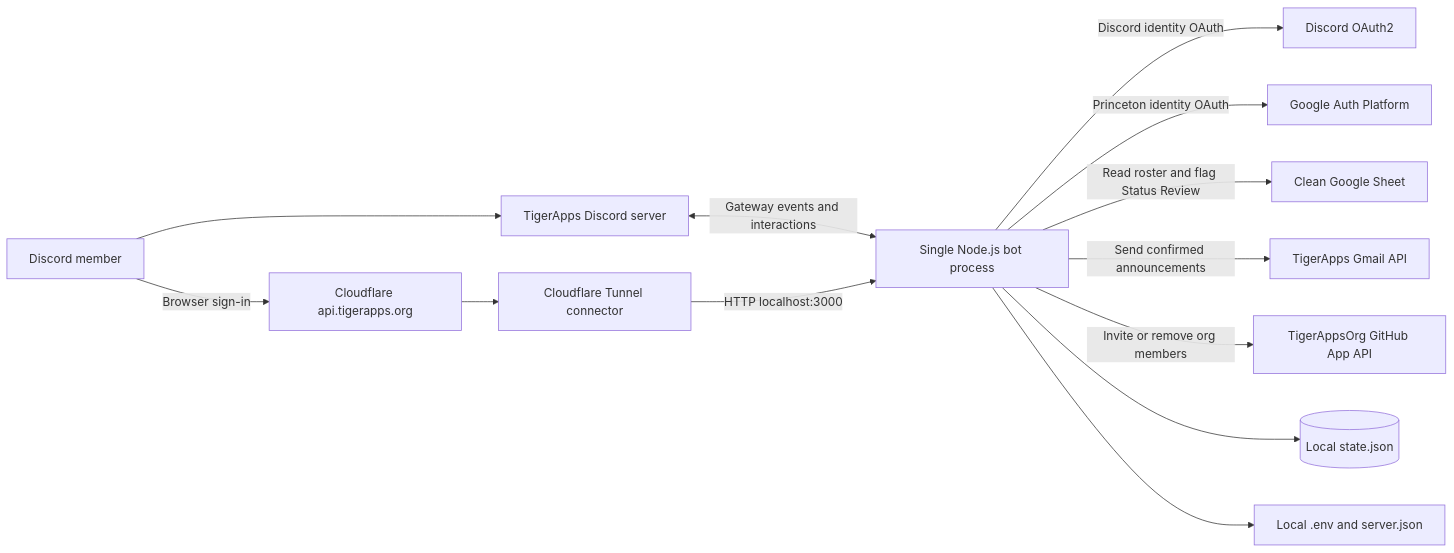
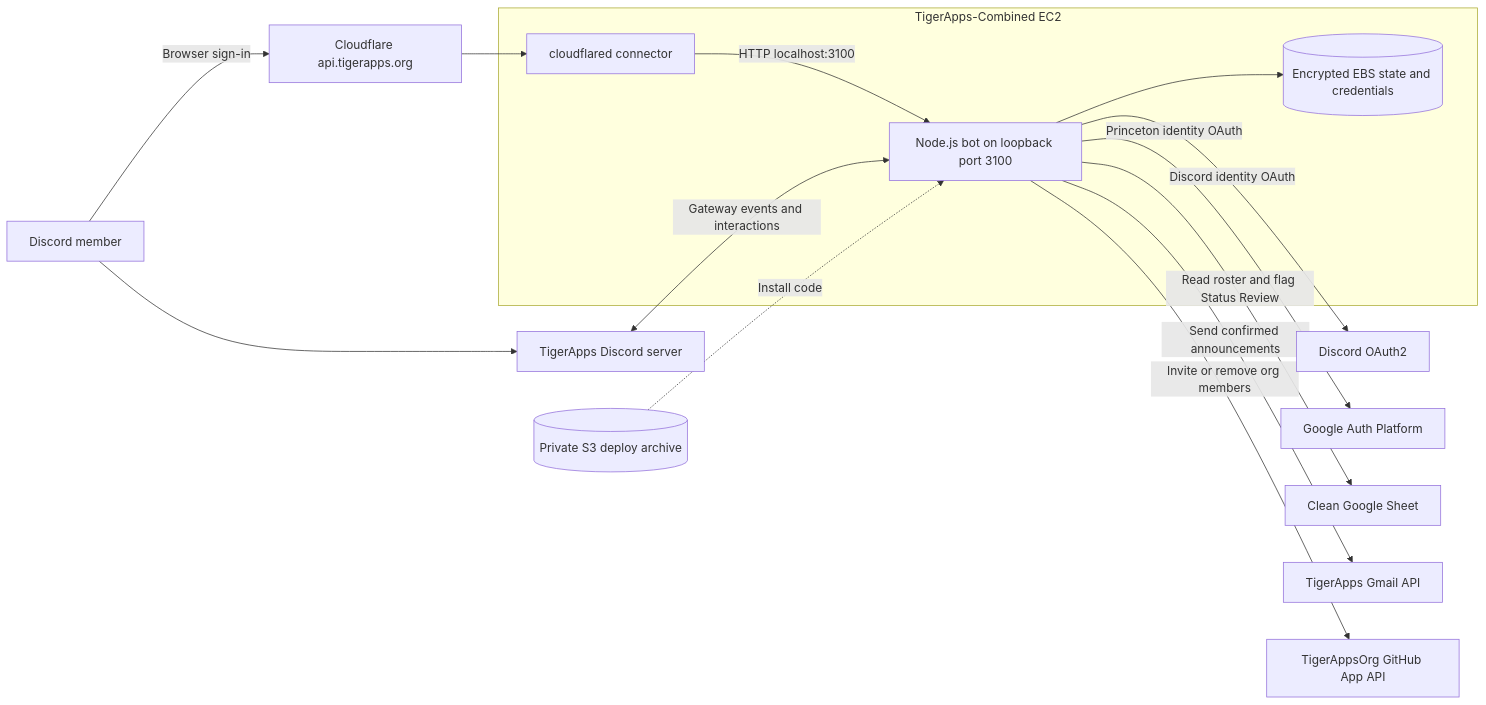
The first of 3 diagrams in docs/architecture.md (TigerAppsOrg/tigerapps-discord-bot), drawn with Mermaid before and after one commit. The commit also changed other lines of this file and 6 other files, not shown here.

````diff
--- a/docs/architecture.md
+++ b/docs/architecture.md
@@ -21,15 +23,20 @@
 ```mermaid
 flowchart LR
   Member[Discord member] --> Guild[TigerApps Discord server]
-  Guild <-->|Gateway events and interactions| Bot[Single Node.js bot process]
   Member -->|Browser sign-in| Edge[Cloudflare api.tigerapps.org]
-  Edge --> Tunnel[Cloudflare Tunnel connector]
-  Tunnel -->|HTTP localhost:3000| Bot
+  subgraph EC2["TigerApps-Combined EC2"]
+    Tunnel[cloudflared connector]
+    Bot[Node.js bot on loopback port 3100]
+    State[(Encrypted EBS state and credentials)]
+    Tunnel -->|HTTP localhost:3100| Bot
+    Bot --> State
+  end
+  Guild <-->|Gateway events and interactions| Bot
+  Edge --> Tunnel
   Bot -->|Discord identity OAuth| DiscordOAuth[Discord OAuth2]
   Bot -->|Princeton identity OAuth| GoogleOAuth[Google Auth Platform]
   Bot -->|Read roster and flag Status Review| Sheets[Clean Google Sheet]
   Bot -->|Send confirmed announcements| Gmail[TigerApps Gmail API]
   Bot -->|Invite or remove org members| GitHub[TigerAppsOrg GitHub App API]
-  Bot --> State[(Local state.json)]
-  Bot --> Config[Local .env and server.json]
+  Archive[(Private S3 deploy archive)] -.->|Install code| Bot
 ```
````
